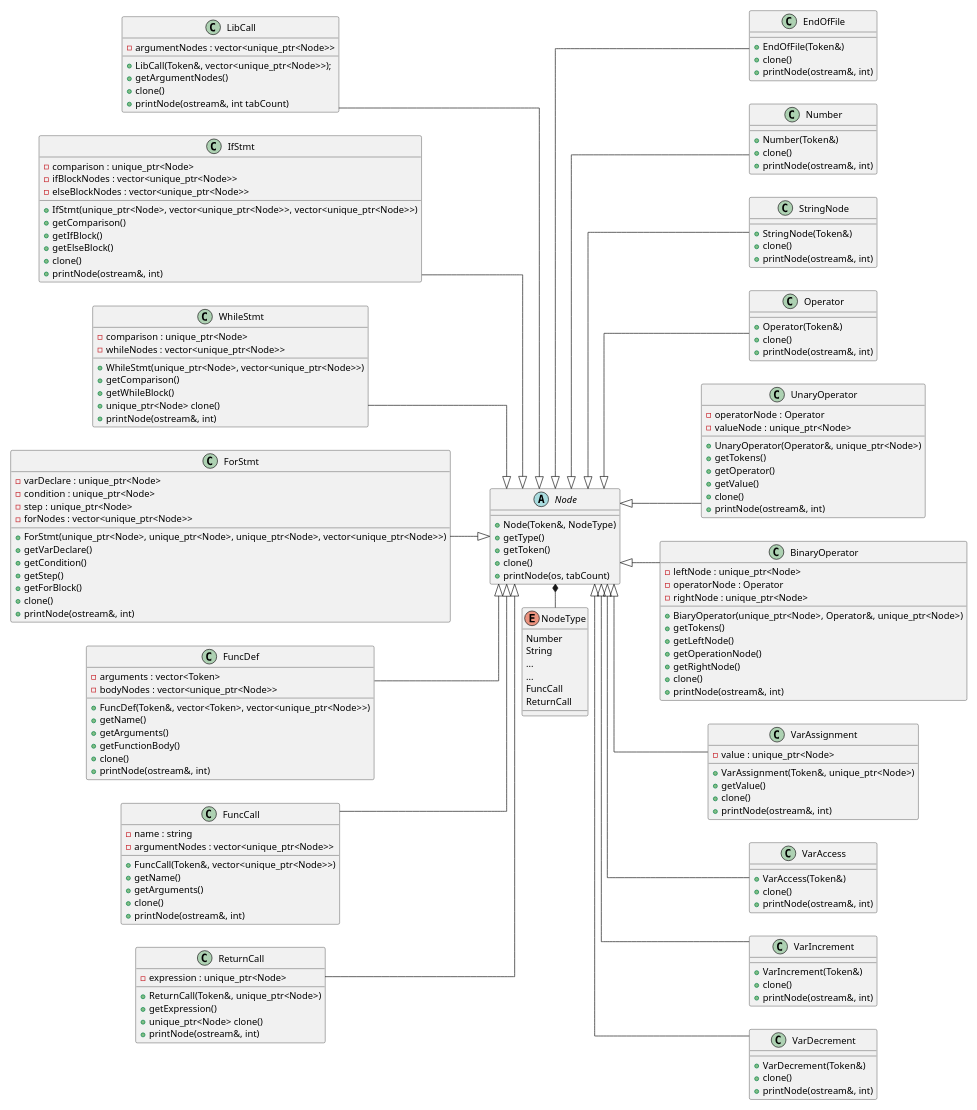
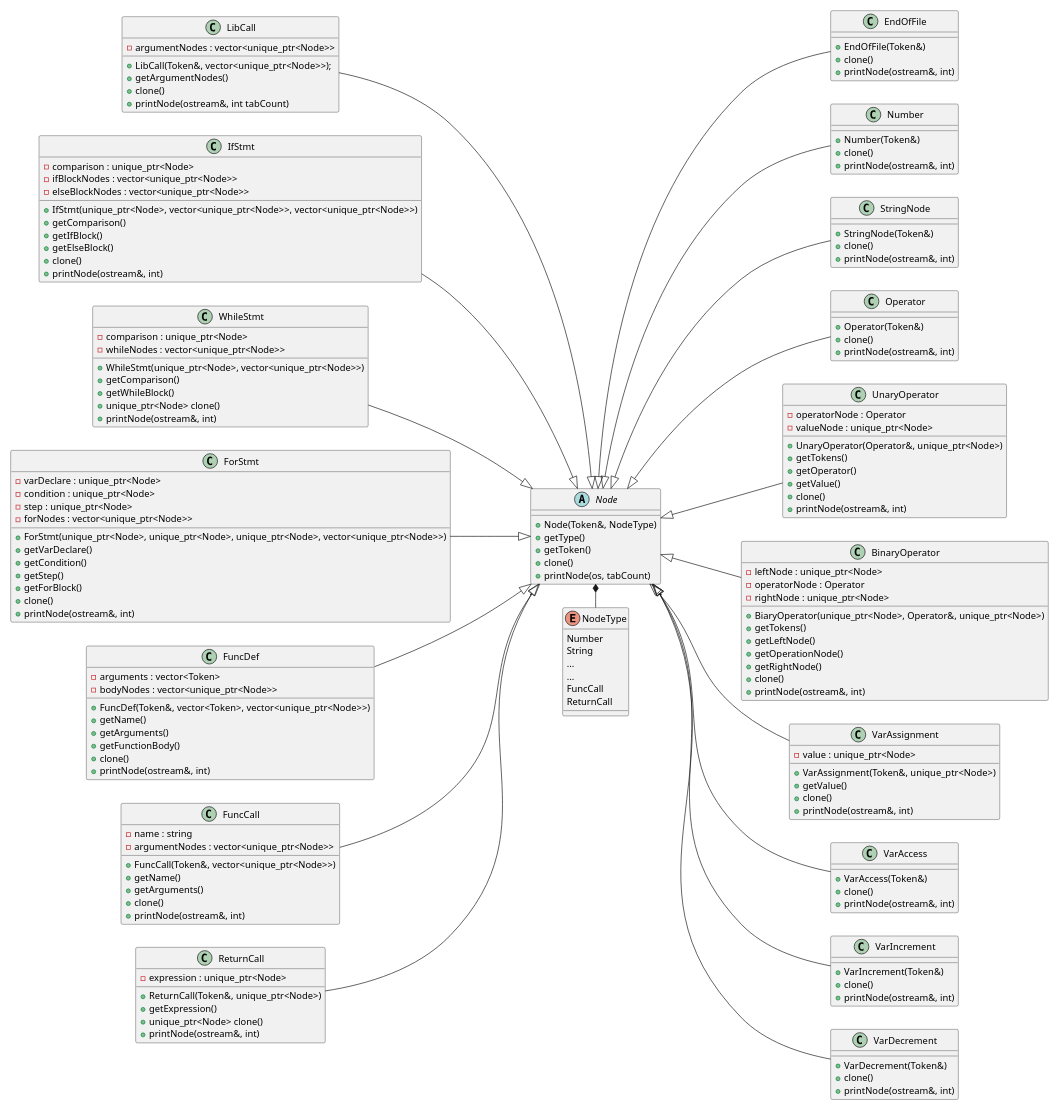
Before and after one commit to joshuapickup/VIS: the diagram in UML Diagrams/ClassDiagrams/Nodes.puml, drawn with PlantUML. The commit also changed 1477 other files, not shown here.

```diff
--- a/UML Diagrams/ClassDiagrams/Nodes.puml
+++ b/UML Diagrams/ClassDiagrams/Nodes.puml
@@ -1,192 +1,190 @@
 @startuml ParserUML
 scale 2/3
 left to right direction
-skinparam linetype ortho
-
 
 enum NodeType {
     Number
     String
     ...
     ...
     FuncCall
     ReturnCall
 }
 
 abstract class Node {
     + Node(Token&, NodeType)
     + getType()
     + getToken()
     + clone()
     + printNode(os, tabCount)
 }
 
 class EndOfFile {
     + EndOfFile(Token&)
     + clone()
     + printNode(ostream&, int)
 }
 
 class Number {
     + Number(Token&)
     + clone()
     + printNode(ostream&, int)
 }
 
 class StringNode {
     + StringNode(Token&)
     + clone()
     + printNode(ostream&, int)
 }
 
 class Operator {
     + Operator(Token&)
     + clone()
     + printNode(ostream&, int)
 }
 
 class UnaryOperator {
     + UnaryOperator(Operator&, unique_ptr<Node>)
     + getTokens()
     + getOperator()
     + getValue()
     + clone()
     + printNode(ostream&, int)
     - operatorNode : Operator
     - valueNode : unique_ptr<Node>
 }
 
 class BinaryOperator {
     + BiaryOperator(unique_ptr<Node>, Operator&, unique_ptr<Node>)
     + getTokens()
     + getLeftNode()
     + getOperationNode()
     + getRightNode()
     + clone()
     + printNode(ostream&, int)
     - leftNode : unique_ptr<Node>
     - operatorNode : Operator
     - rightNode : unique_ptr<Node>
 }
 
 class VarAssignment {
     + VarAssignment(Token&, unique_ptr<Node>)
     + getValue()
     + clone()
     + printNode(ostream&, int)
     - value : unique_ptr<Node>
 }
 
 class VarAccess {
     + VarAccess(Token&)
     + clone()
     + printNode(ostream&, int)
 }
 
 class VarIncrement{
     + VarIncrement(Token&)
     + clone()
     + printNode(ostream&, int)
 }
 
 class VarDecrement{
     + VarDecrement(Token&)
     + clone()
     + printNode(ostream&, int)
 }
 
 class LibCall{
     + LibCall(Token&, vector<unique_ptr<Node>>);
     + getArgumentNodes()
     + clone()
     + printNode(ostream&, int tabCount)
     - argumentNodes : vector<unique_ptr<Node>>
 }
 
 class IfStmt{
     + IfStmt(unique_ptr<Node>, vector<unique_ptr<Node>>, vector<unique_ptr<Node>>)
     + getComparison()
     + getIfBlock()
     + getElseBlock()
     + clone()
     + printNode(ostream&, int)
     - comparison : unique_ptr<Node> 
     - ifBlockNodes : vector<unique_ptr<Node>>
     - elseBlockNodes : vector<unique_ptr<Node>>
 }
 
 class WhileStmt{
     + WhileStmt(unique_ptr<Node>, vector<unique_ptr<Node>>)
     + getComparison()
     + getWhileBlock()
     + unique_ptr<Node> clone()
     + printNode(ostream&, int)
     - comparison : unique_ptr<Node>
     - whileNodes : vector<unique_ptr<Node>>
 }
 
 class ForStmt{
     + ForStmt(unique_ptr<Node>, unique_ptr<Node>, unique_ptr<Node>, vector<unique_ptr<Node>>)
     + getVarDeclare()
     + getCondition()
     + getStep()
     + getForBlock()
     + clone()
     + printNode(ostream&, int)
     - varDeclare : unique_ptr<Node>
     - condition : unique_ptr<Node>
     - step : unique_ptr<Node>
     - forNodes : vector<unique_ptr<Node>>
 }
 
 class FuncDef{
     + FuncDef(Token&, vector<Token>, vector<unique_ptr<Node>>)
     + getName()
     + getArguments()
     + getFunctionBody()
     + clone()
     + printNode(ostream&, int)
     - arguments : vector<Token>
     - bodyNodes : vector<unique_ptr<Node>>
 }
 
 class FuncCall{
     + FuncCall(Token&, vector<unique_ptr<Node>>)
     + getName()
     + getArguments()
     + clone()
     + printNode(ostream&, int)
     - name : string
     - argumentNodes : vector<unique_ptr<Node>>
 }
 
 class ReturnCall {
     + ReturnCall(Token&, unique_ptr<Node>)
     + getExpression()
     + unique_ptr<Node> clone()
     + printNode(ostream&, int)
     - expression : unique_ptr<Node>
 }
 
-Node <|-- EndOfFile
-Node <|-- Number
-Node <|-- StringNode
-Node <|-- Operator
-Node <|-- UnaryOperator
-Node <|-- BinaryOperator
-Node <|-- VarAssignment
-Node <|-- VarAccess
-Node <|-- VarIncrement
-Node <|-- VarDecrement
-LibCall --|> Node
-IfStmt --|> Node
-WhileStmt --|> Node
-ForStmt --|> Node
-FuncDef --|> Node
-FuncCall --|> Node
-ReturnCall --|> Node
+Node <|--- EndOfFile
+Node <|--- Number
+Node <|--- StringNode
+Node <|--- Operator
+Node <|--- UnaryOperator
+Node <|--- BinaryOperator
+Node <|--- VarAssignment
+Node <|--- VarAccess
+Node <|--- VarIncrement
+Node <|--- VarDecrement
+LibCall ---|> Node
+IfStmt ---|> Node
+WhileStmt ---|> Node
+ForStmt ---|> Node
+FuncDef ---|> Node
+FuncCall ---|> Node
+ReturnCall ---|> Node
 
 
 Node *- NodeType
 
 @enduml
```
